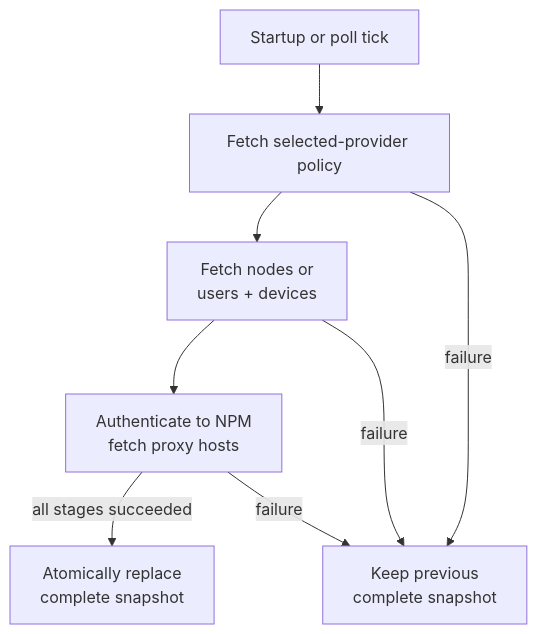
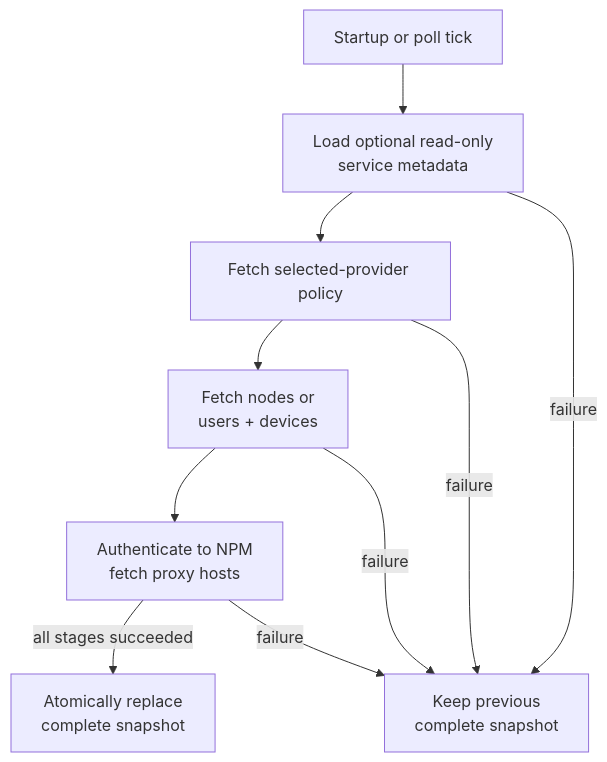
Before and after one commit to cybersader/velociportal: the first of 2 diagrams in docs/concept/how-it-works.md, drawn with Mermaid. The commit also changed other lines of this file and 33 other files, not shown here.

Commit message:
Add truthful service card metadata

````diff
--- a/docs/concept/how-it-works.md
+++ b/docs/concept/how-it-works.md
@@ -7,19 +7,21 @@
 ```mermaid
 flowchart TD
     accTitle: Complete snapshot refresh
     accDescr: Startup or a poll tick triggers the selected provider's complete policy and node/device load plus the NPM proxy-host fetch. If every stage succeeds, Velociportal atomically replaces the snapshot. If any stage fails, it keeps the previous complete snapshot.
 
-    Tick["Startup or poll tick"] --> Policy["Fetch selected-provider policy"]
+    Tick["Startup or poll tick"] --> Metadata["Load optional read-only<br/>service metadata"]
+    Metadata --> Policy["Fetch selected-provider policy"]
     Policy --> Inventory["Fetch nodes or<br/>users + devices"]
     Inventory --> Hosts["Authenticate to NPM<br/>fetch proxy hosts"]
     Hosts -->|"all stages succeeded"| Swap["Atomically replace<br/>complete snapshot"]
-    Policy -->|failure| Keep["Keep previous<br/>complete snapshot"]
+    Metadata -->|failure| Keep["Keep previous<br/>complete snapshot"]
+    Policy -->|failure| Keep
     Inventory -->|failure| Keep
     Hosts -->|failure| Keep
 
     class Tick core
     class Policy,Inventory control
-    class Hosts service
+    class Metadata,Hosts service
     class Swap accepted
     class Keep output
 ```
````
